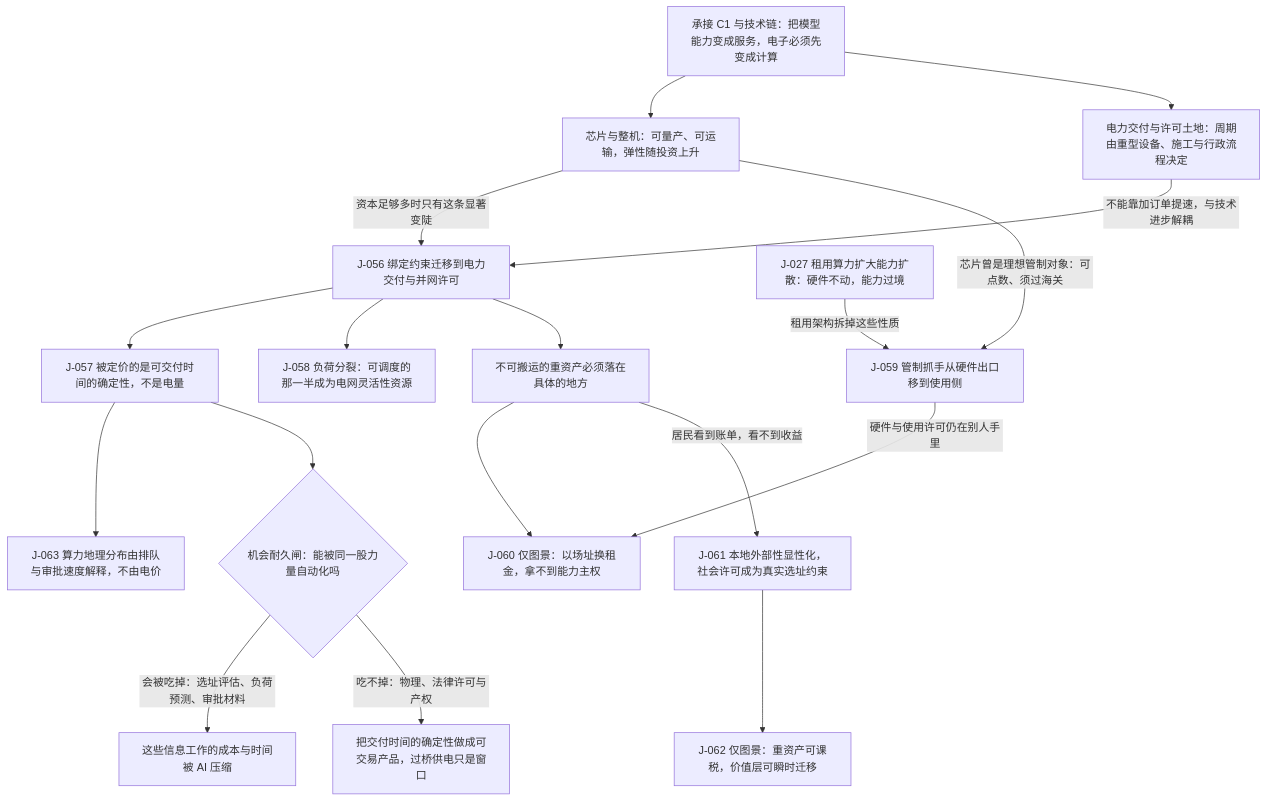
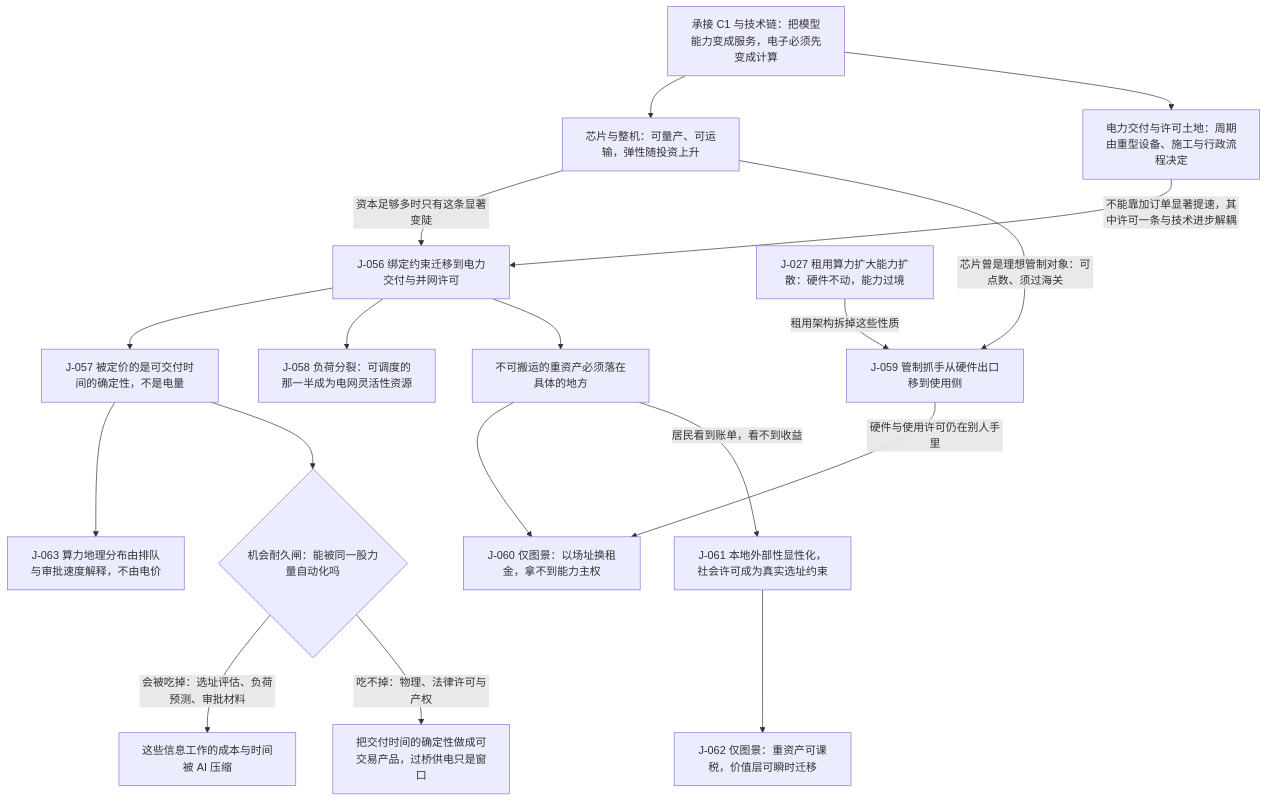
One commit to SenZhangAI/foresight-by-ai changed the diagram in docs/zh/chains/30-power-land-and-permits.md. Above: the diagram before and after it, drawn with Mermaid. The commit also changed 11 other files, not shown here.

````diff
--- a/docs/zh/chains/30-power-land-and-permits.md
+++ b/docs/zh/chains/30-power-land-and-permits.md
@@ -22,20 +22,20 @@
 ```mermaid
 flowchart TD
   SERVE["承接 C1 与技术链：把模型能力变成服务，电子必须先变成计算"] --> CHIP["芯片与整机：可量产、可运输，弹性随投资上升"]
   SERVE --> SLOW["电力交付与许可土地：周期由重型设备、施工与行政流程决定"]
   CHIP -->|"资本足够多时只有这条显著变陡"| BIND["J-056 绑定约束迁移到电力交付与并网许可"]
-  SLOW -->|"不能靠加订单提速，与技术进步解耦"| BIND
+  SLOW -->|"不能靠加订单显著提速，其中许可一条与技术进步解耦"| BIND
   BIND --> CERT["J-057 被定价的是可交付时间的确定性，不是电量"]
   CERT --> GEOG["J-063 算力地理分布由排队与审批速度解释，不由电价"]
   BIND --> SPLIT["J-058 负荷分裂：可调度的那一半成为电网灵活性资源"]
   CHIP -->|"芯片曾是理想管制对象：可点数、须过海关"| USE["J-059 管制抓手从硬件出口移到使用侧"]
   RENT["J-027 租用算力扩大能力扩散：硬件不动，能力过境"] -->|"租用架构拆掉这些性质"| USE
   BIND --> SITE["不可搬运的重资产必须落在具体的地方"]
   SITE --> HOST["J-060 仅图景：以场址换租金，拿不到能力主权"]
   USE -->|"硬件与使用许可仍在别人手里"| HOST
   SITE -->|"居民看到账单，看不到收益"| LIC["J-061 本地外部性显性化，社会许可成为真实选址约束"]
   LIC --> TAX["J-062 仅图景：重资产可课税，价值层可瞬时迁移"]
   CERT --> GATE{"机会耐久闸：能被同一股力量自动化吗"}
   GATE -->|"会被吃掉：选址评估、负荷预测、审批材料"| EATEN["这些信息工作的成本与时间被 AI 压缩"]
   GATE -->|"吃不掉：物理、法律许可与产权"| OPP["把交付时间的确定性做成可交易产品，过桥供电只是窗口"]
 ```
````
